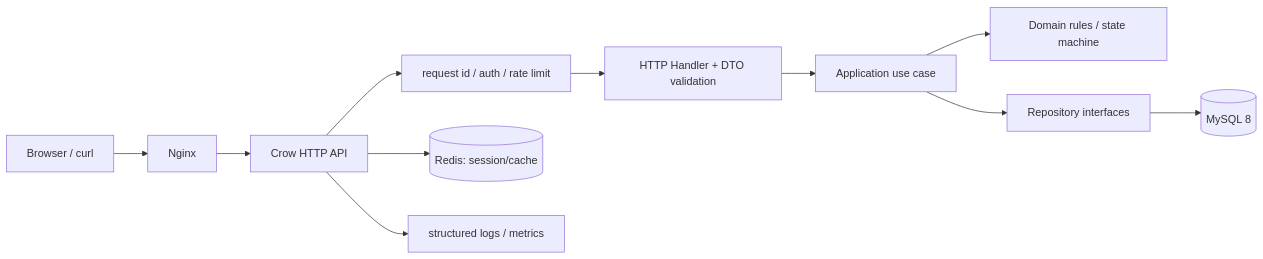
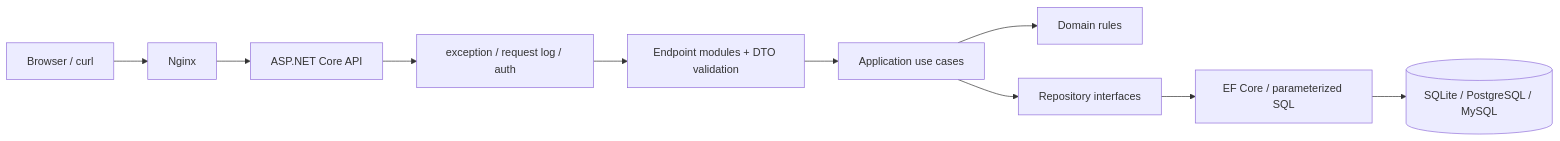
The diagram in docs/04_architecture.md (edidada/csharp-ecshop), drawn with Mermaid before and after one commit. The commit also changed other lines of this file and 51 other files, not shown here.

````diff
--- a/docs/04_architecture.md
+++ b/docs/04_architecture.md
@@ -10,13 +5,12 @@
 ```mermaid
 flowchart LR
   Client[Browser / curl] --> Nginx
-  Nginx --> Api[Crow HTTP API]
-  Api --> MW[request id / auth / rate limit]
-  MW --> Handler[HTTP Handler + DTO validation]
-  Handler --> UseCase[Application use case]
-  UseCase --> Domain[Domain rules / state machine]
-  UseCase --> Repo[Repository interfaces]
-  Repo --> MySQL[(MySQL 8)]
-  Api --> Redis[(Redis: session/cache)]
-  Api --> Log[structured logs / metrics]
+  Nginx --> Api[ASP.NET Core API]
+  Api --> MW[exception / request log / auth]
+  MW --> Endpoints[Endpoint modules + DTO validation]
+  Endpoints --> App[Application use cases]
+  App --> Domain[Domain rules]
+  App --> Repos[Repository interfaces]
+  Repos --> EF[EF Core / parameterized SQL]
+  EF --> Db[(SQLite / PostgreSQL / MySQL)]
 ```
````
